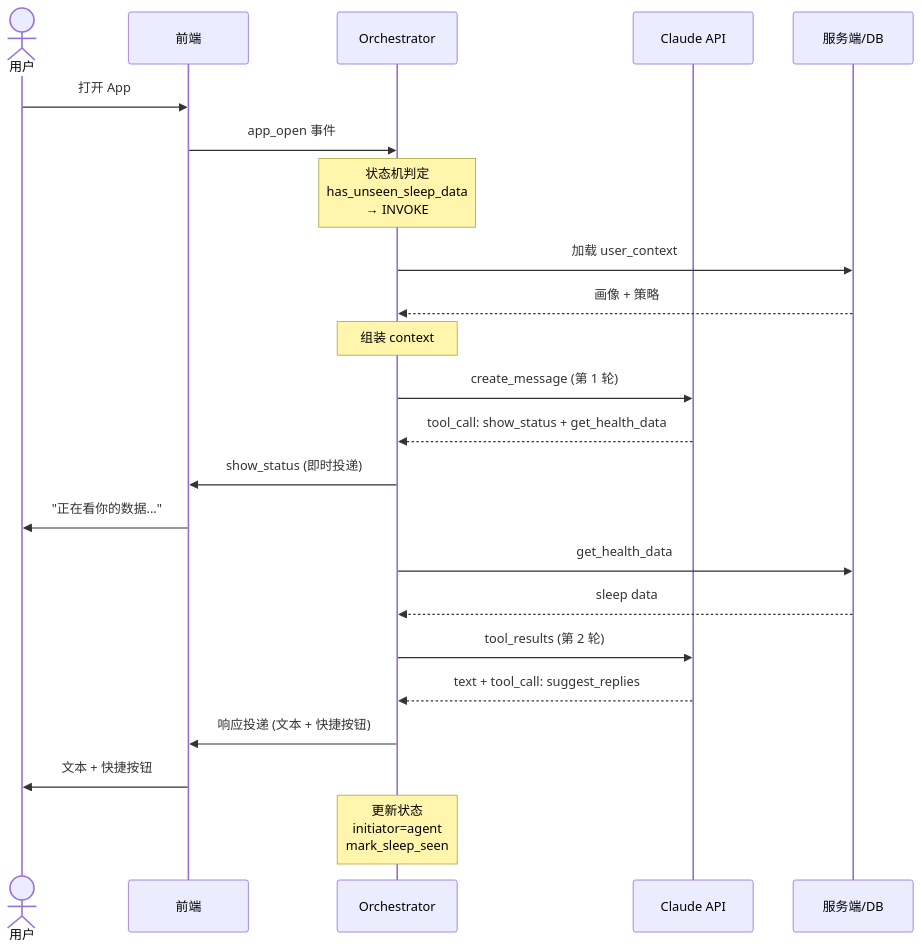
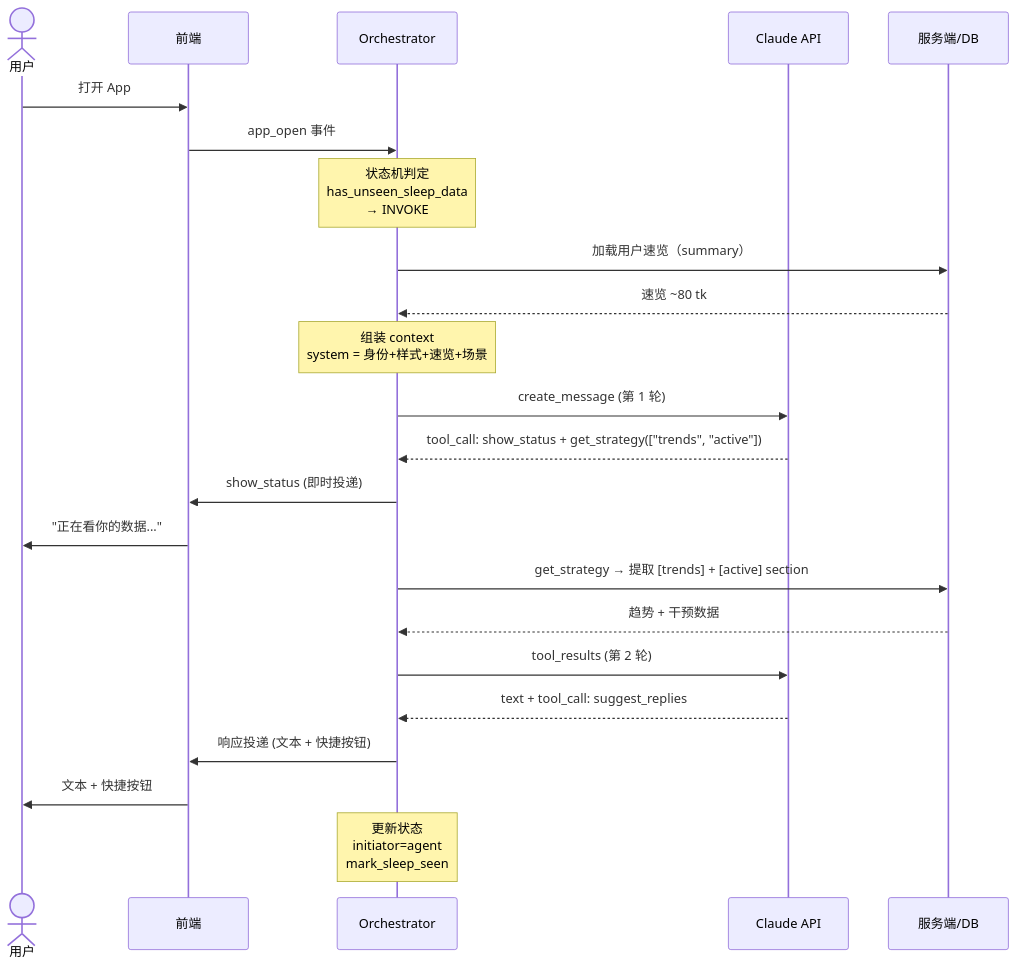
Before and after one commit to Trendolhxh/test: the third of 4 diagrams in isho-agent/08-orchestration.md, drawn with Mermaid. The commit also changed other lines of this file, not shown here.

````diff
--- a/isho-agent/08-orchestration.md
+++ b/isho-agent/08-orchestration.md
@@ -292,35 +312,35 @@
 ```mermaid
 sequenceDiagram
     actor 用户
     participant 前端
     participant Orch as Orchestrator
     participant Claude as Claude API
     participant DB as 服务端/DB
 
     用户->>前端: 打开 App
     前端->>Orch: app_open 事件
 
     Note over Orch: 状态机判定<br/>has_unseen_sleep_data<br/>→ INVOKE
 
-    Orch->>DB: 加载 user_context
-    DB-->>Orch: 画像 + 策略
+    Orch->>DB: 加载用户速览（summary）
+    DB-->>Orch: 速览 ~80 tk
 
-    Note over Orch: 组装 context
+    Note over Orch: 组装 context<br/>system = 身份+样式+速览+场景
 
     Orch->>Claude: create_message (第 1 轮)
-    Claude-->>Orch: tool_call: show_status + get_health_data
+    Claude-->>Orch: tool_call: show_status + get_strategy(["trends", "active"])
 
     Orch->>前端: show_status (即时投递)
     前端->>用户: "正在看你的数据..."
 
-    Orch->>DB: get_health_data
-    DB-->>Orch: sleep data
+    Orch->>DB: get_strategy → 提取 [trends] + [active] section
+    DB-->>Orch: 趋势 + 干预数据
 
     Orch->>Claude: tool_results (第 2 轮)
     Claude-->>Orch: text + tool_call: suggest_replies
 
     Orch->>前端: 响应投递 (文本 + 快捷按钮)
     前端->>用户: 文本 + 快捷按钮
 
     Note over Orch: 更新状态<br/>initiator=agent<br/>mark_sleep_seen
 ```
````
